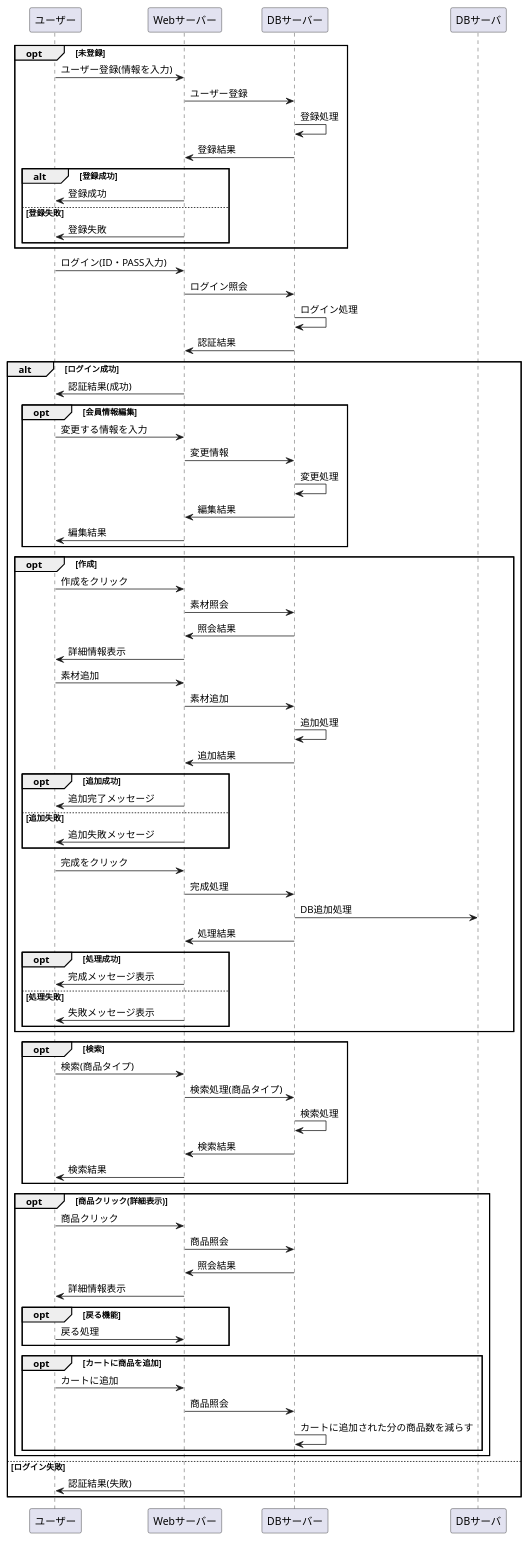
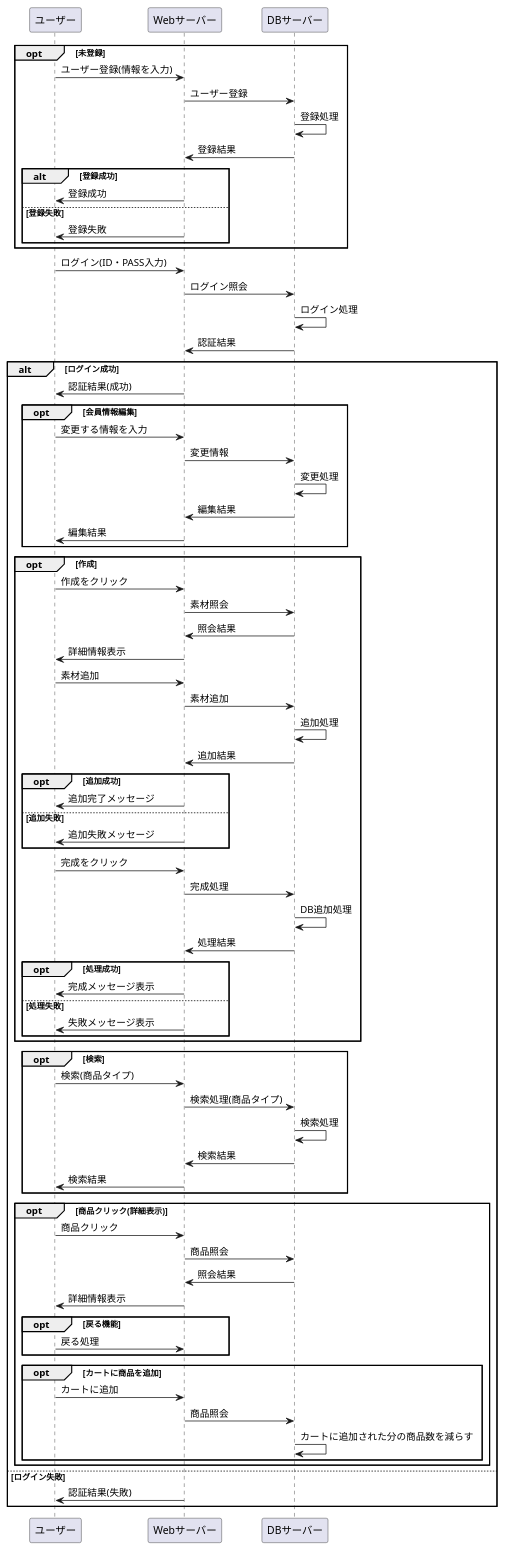
The diagram in 2_業務フロー/業務フロー.md (Aso2001030/smartphone-case), drawn with PlantUML before and after one commit.

````diff
--- a/2_業務フロー/業務フロー.md
+++ b/2_業務フロー/業務フロー.md
@@ -2,82 +2,82 @@
 ```uml
 @startuml
 
 opt 未登録
   ユーザー -> Webサーバー : ユーザー登録(情報を入力)
   Webサーバー -> DBサーバー : ユーザー登録
   DBサーバー -> DBサーバー : 登録処理
   DBサーバー -> Webサーバー : 登録結果
   alt 登録成功
     Webサーバー -> ユーザー : 登録成功
   else 登録失敗
     Webサーバー -> ユーザー : 登録失敗
   end
 end
 
 ユーザー -> Webサーバー : ログイン(ID・PASS入力)
 Webサーバー -> DBサーバー : ログイン照会
 DBサーバー -> DBサーバー : ログイン処理
 DBサーバー -> Webサーバー : 認証結果
 alt ログイン成功
   Webサーバー -> ユーザー : 認証結果(成功)
   opt 会員情報編集
     ユーザー -> Webサーバー : 変更する情報を入力
     Webサーバー -> DBサーバー :変更情報
     DBサーバー -> DBサーバー : 変更処理
     DBサーバー -> Webサーバー : 編集結果
   Webサーバー -> ユーザー : 編集結果
   end
 
 
   opt 作成
     ユーザー -> Webサーバー : 作成をクリック
     Webサーバー -> DBサーバー : 素材照会
     DBサーバー -> Webサーバー : 照会結果
     Webサーバー -> ユーザー : 詳細情報表示
     ユーザー -> Webサーバー : 素材追加
     Webサーバー -> DBサーバー : 素材追加
     DBサーバー -> DBサーバー : 追加処理
     DBサーバー -> Webサーバー : 追加結果
     opt 追加成功
       Webサーバー -> ユーザー : 追加完了メッセージ
     else 追加失敗
       Webサーバー -> ユーザー : 追加失敗メッセージ
     end
     ユーザー -> Webサーバー : 完成をクリック
     Webサーバー -> DBサーバー : 完成処理
-    DBサーバー -> DBサーバ : DB追加処理
+    DBサーバー -> DBサーバー : DB追加処理
     DBサーバー -> Webサーバー : 処理結果
     opt 処理成功
       Webサーバー -> ユーザー : 完成メッセージ表示
     else 処理失敗
       Webサーバー -> ユーザー : 失敗メッセージ表示
     end
   end
 
   opt 検索
     ユーザー -> Webサーバー : 検索(商品タイプ)
     Webサーバー -> DBサーバー : 検索処理(商品タイプ)
     DBサーバー -> DBサーバー : 検索処理
     DBサーバー -> Webサーバー : 検索結果
     Webサーバー -> ユーザー : 検索結果
   end
 
   opt 商品クリック(詳細表示)
     ユーザー -> Webサーバー : 商品クリック
     Webサーバー -> DBサーバー : 商品照会
     DBサーバー -> Webサーバー : 照会結果
     Webサーバー -> ユーザー : 詳細情報表示
     opt 戻る機能
       ユーザー -> Webサーバー : 戻る処理
     end
     opt カートに商品を追加
       ユーザー -> Webサーバー : カートに追加
       Webサーバー -> DBサーバー : 商品照会
       DBサーバー -> DBサーバー : カートに追加された分の商品数を減らす
     end
   end
 else ログイン失敗
   Webサーバー -> ユーザー : 認証結果(失敗)
 end
 @enduml
 ```
````
